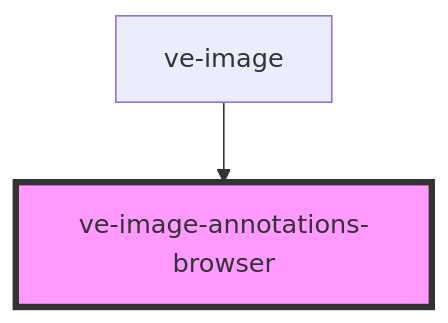
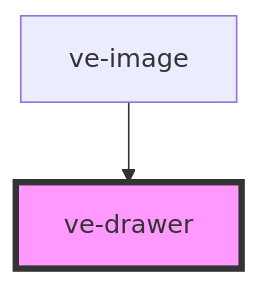
One commit to visual-essays/web-components changed the diagram in src/components/ve-drawer/readme.md. Above: the diagram before and after it, drawn with Mermaid. The commit also changed other lines of this file and 16 other files, not shown here.

````diff
--- a/src/components/ve-drawer/readme.md
+++ b/src/components/ve-drawer/readme.md
@@ -30,5 +29,5 @@
 ```mermaid
 graph TD;
-  ve-image --> ve-image-annotations-browser
-  style ve-image-annotations-browser fill:#f9f,stroke:#333,stroke-width:4px
+  ve-image --> ve-drawer
+  style ve-drawer fill:#f9f,stroke:#333,stroke-width:4px
 ```
````
